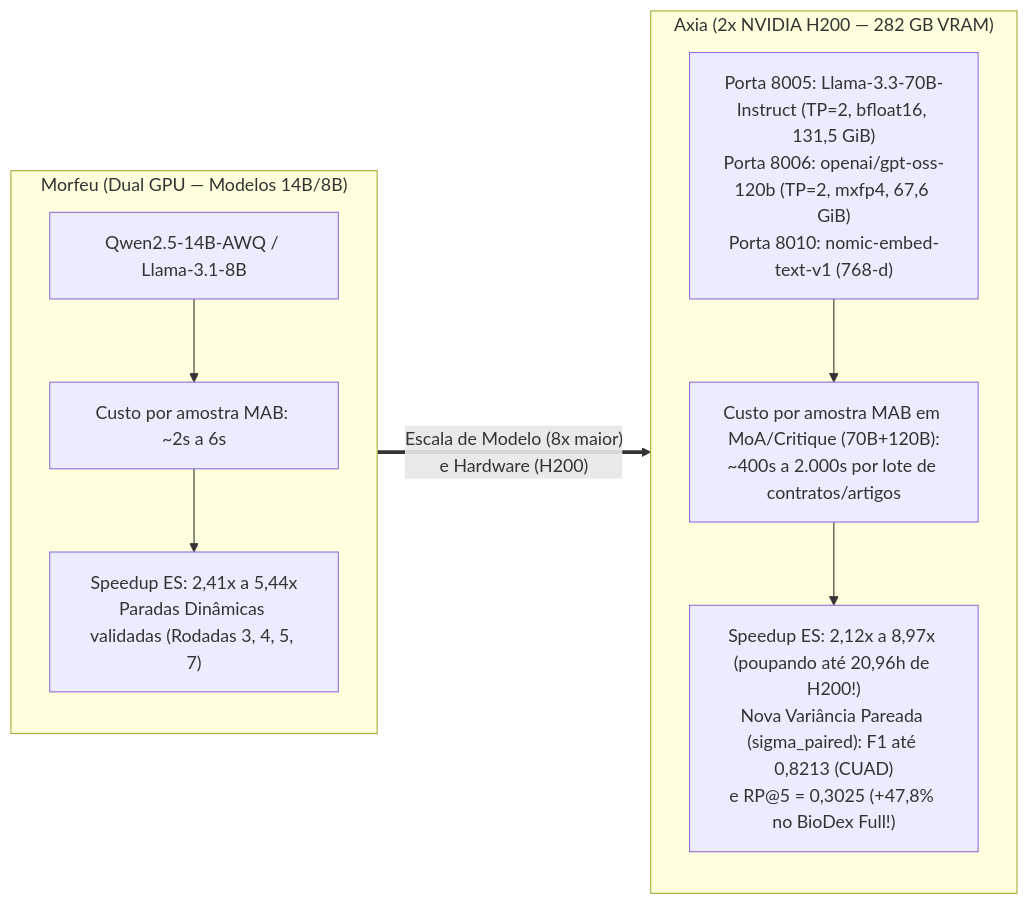
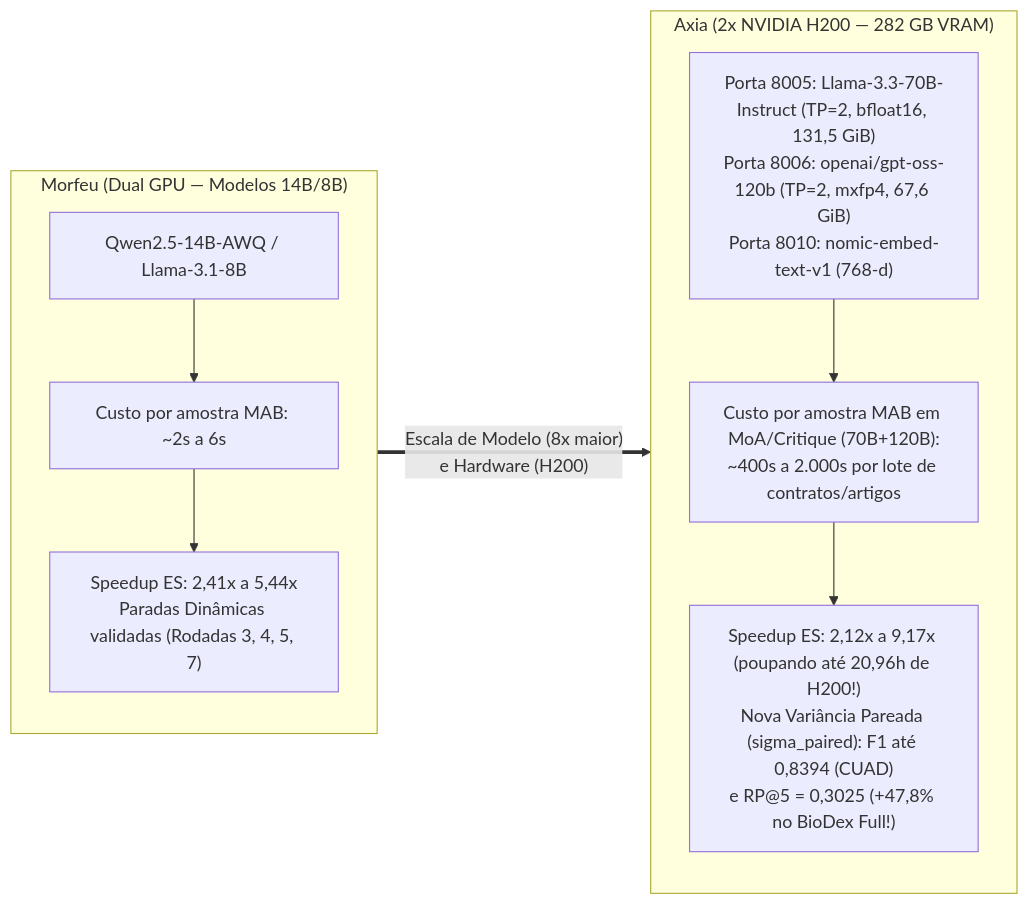
Before and after one commit to maTh51/palimpzest: the diagram in abacus-research/morfeu/GUIA_SLIDES_AXIA_H200.md, drawn with Mermaid. The commit also changed other lines of this file and 3 other files, not shown here.

````diff
--- a/abacus-research/morfeu/GUIA_SLIDES_AXIA_H200.md
+++ b/abacus-research/morfeu/GUIA_SLIDES_AXIA_H200.md
@@ -14,18 +14,18 @@
 ```mermaid
 flowchart LR
     subgraph MORFEU ["Morfeu (Dual GPU — Modelos 14B/8B)"]
         M1["Qwen2.5-14B-AWQ / Llama-3.1-8B"]
         M2["Custo por amostra MAB: ~2s a 6s"]
         M3["Speedup ES: 2,41x a 5,44x\nParadas Dinâmicas validadas (Rodadas 3, 4, 5, 7)"]
         M1 --> M2 --> M3
     end
 
     subgraph AXIA ["Axia (2x NVIDIA H200 — 282 GB VRAM)"]
         A1["Porta 8005: Llama-3.3-70B-Instruct (TP=2, bfloat16, 131,5 GiB)\nPorta 8006: openai/gpt-oss-120b (TP=2, mxfp4, 67,6 GiB)\nPorta 8010: nomic-embed-text-v1 (768-d)"]
         A2["Custo por amostra MAB em MoA/Critique (70B+120B):\n~400s a 2.000s por lote de contratos/artigos"]
-        A3["Speedup ES: 2,12x a 8,97x (poupando até 20,96h de H200!)\nNova Variância Pareada (sigma_paired): F1 até 0,8213 (CUAD)\ne RP@5 = 0,3025 (+47,8% no BioDex Full!)"]
+        A3["Speedup ES: 2,12x a 9,17x (poupando até 20,96h de H200!)\nNova Variância Pareada (sigma_paired): F1 até 0,8394 (CUAD)\ne RP@5 = 0,3025 (+47,8% no BioDex Full!)"]
         A1 --> A2 --> A3
     end
 
     MORFEU ==>|"Escala de Modelo (8x maior)\ne Hardware (H200)"| AXIA
 ```
````
